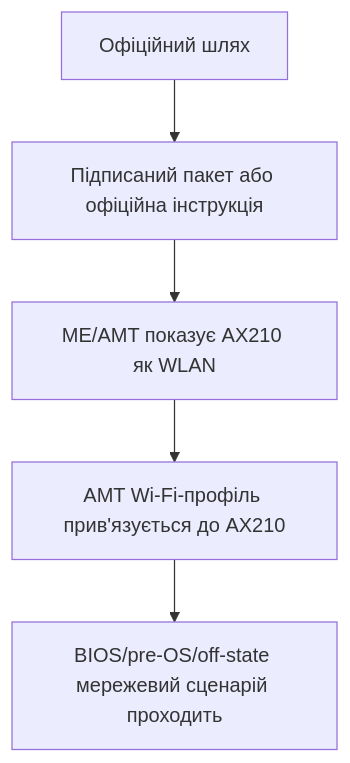
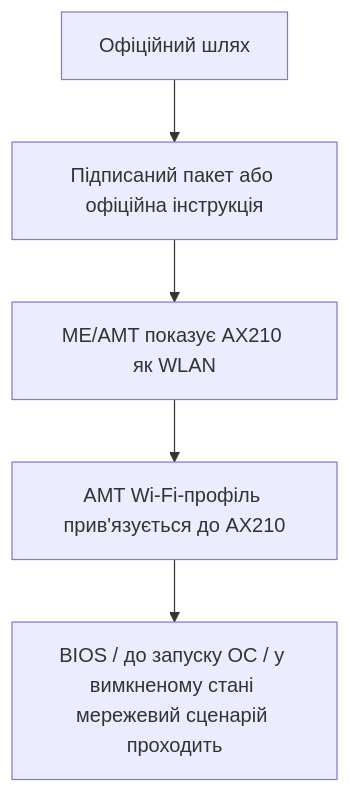
One commit to Tarasevych/hp-elitebook-840-g5-ax210-amt-wifi-compatibility-Ukrainian changed the diagram in docs/критерії-виробничого-рішення.md. Above: the diagram before and after it, drawn with Mermaid. The commit also changed other lines of this file and 22 other files, not shown here.

````diff
--- a/docs/критерії-виробничого-рішення.md
+++ b/docs/критерії-виробничого-рішення.md
@@ -16,7 +16,7 @@
 ```mermaid
 flowchart TB
     A["Офіційний шлях"] --> B["Підписаний пакет або офіційна інструкція"]
     B --> C["ME/AMT показує AX210 як WLAN"]
     C --> D["AMT Wi-Fi-профіль прив'язується до AX210"]
-    D --> E["BIOS/pre-OS/off-state мережевий сценарій проходить"]
+    D --> E["BIOS / до запуску ОС / у вимкненому стані мережевий сценарій проходить"]
 ```
````
